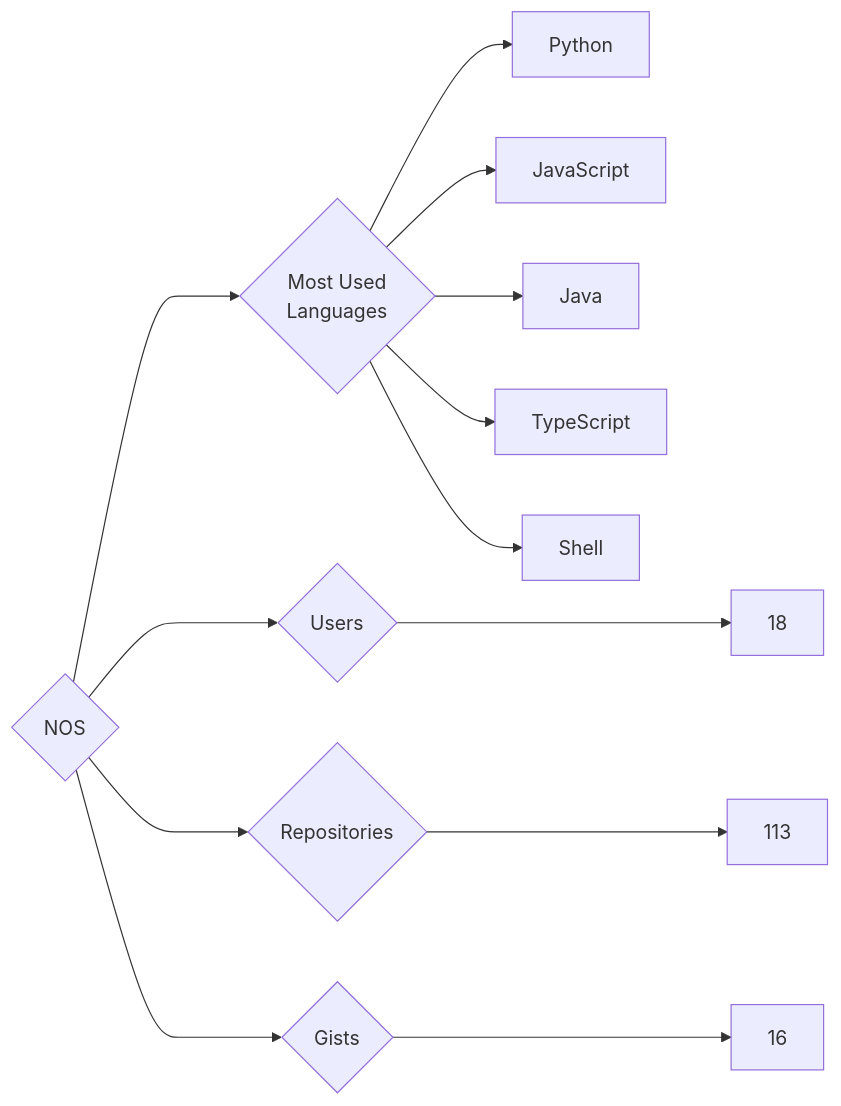
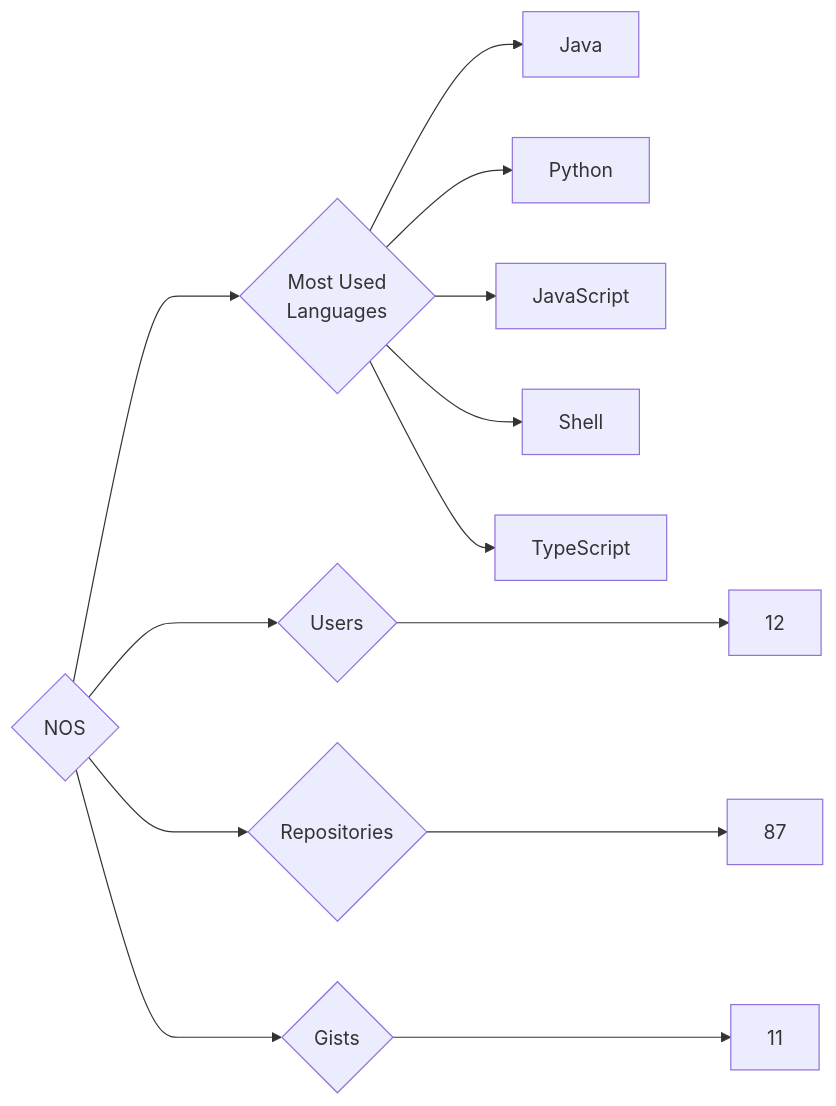
The diagram in targets/NOS/README.md (trickest/insiders), drawn with Mermaid before and after one commit. The commit also changed 903 other files, not shown here.

````diff
--- a/targets/NOS/README.md
+++ b/targets/NOS/README.md
@@ -3,13 +3,13 @@
 ```mermaid
 graph LR
 COMPANY_NAME{NOS}
-COMPANY_NAME ---> U{Users} ---> UN[18]
-COMPANY_NAME ---> R{Repositories} ---> RN[113]
-COMPANY_NAME ---> G{Gists} ---> GN[16]
+COMPANY_NAME ---> U{Users} ---> UN[12]
+COMPANY_NAME ---> R{Repositories} ---> RN[87]
+COMPANY_NAME ---> G{Gists} ---> GN[11]
 COMPANY_NAME ---> ML{Most Used<br>Languages}
+ML --> Java[Java]
 ML --> Python[Python]
 ML --> JavaScript[JavaScript]
-ML --> Java[Java]
+ML --> Shell[Shell]
 ML --> TypeScript[TypeScript]
-ML --> Shell[Shell]
 ```
````
